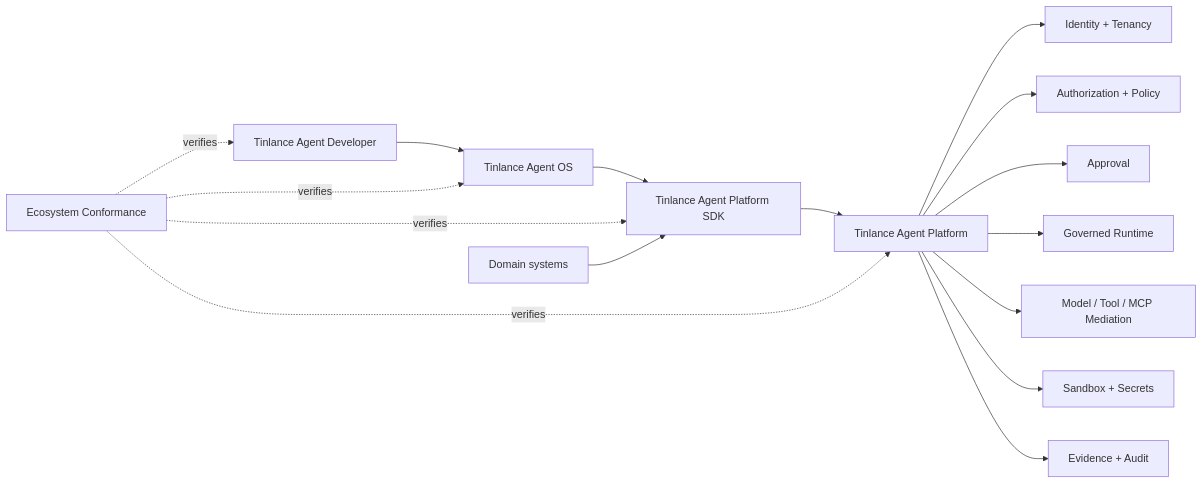
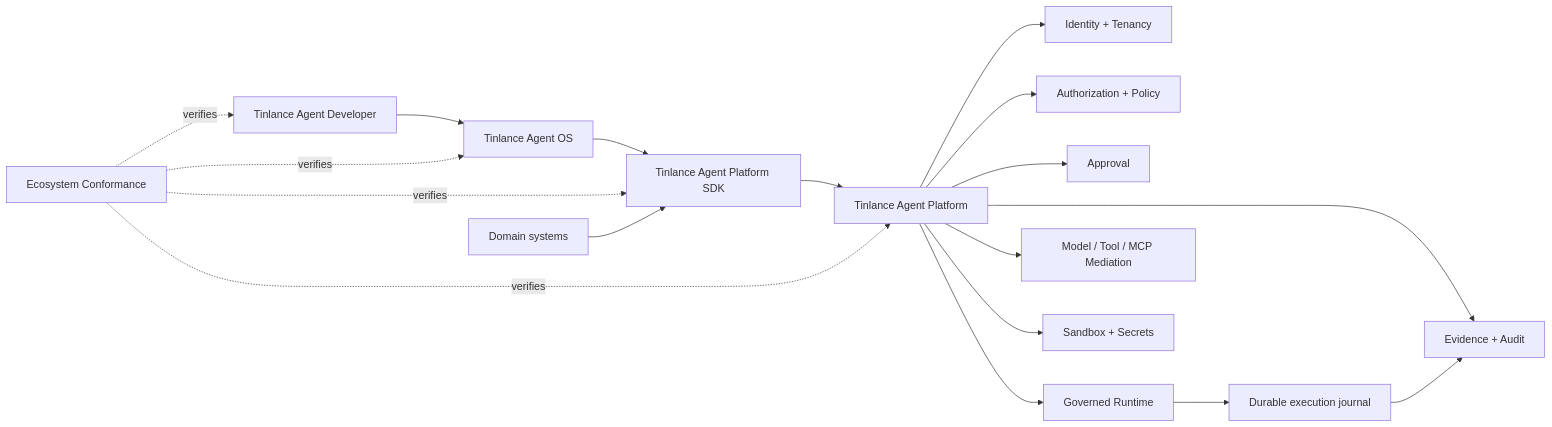
The diagram in README.md (LloydCoder/tinlance-agent-platform), drawn with Mermaid before and after one commit. The commit also changed other lines of this file and 6 other files, not shown here.

First line of the commit message:
feat: add durable execution journal (#68)

```diff
--- a/README.md
+++ b/README.md
@@ -15,18 +15,20 @@
 ~~~mermaid
 flowchart LR
     D[Tinlance Agent Developer] --> OS[Tinlance Agent OS]
     OS --> SDK[Tinlance Agent Platform SDK]
     SDK --> P[Tinlance Agent Platform]
     P --> ID[Identity + Tenancy]
     P --> AUTH[Authorization + Policy]
     P --> APP[Approval]
     P --> RUN[Governed Runtime]
+    RUN --> J[Durable execution journal]
     P --> TOOL[Model / Tool / MCP Mediation]
     P --> SB[Sandbox + Secrets]
     P --> EV[Evidence + Audit]
+    J --> EV
     C[Ecosystem Conformance] -. verifies .-> D
     C -. verifies .-> OS
     C -. verifies .-> SDK
     C -. verifies .-> P
     DOMAIN[Domain systems] --> SDK
 ~~~
```
